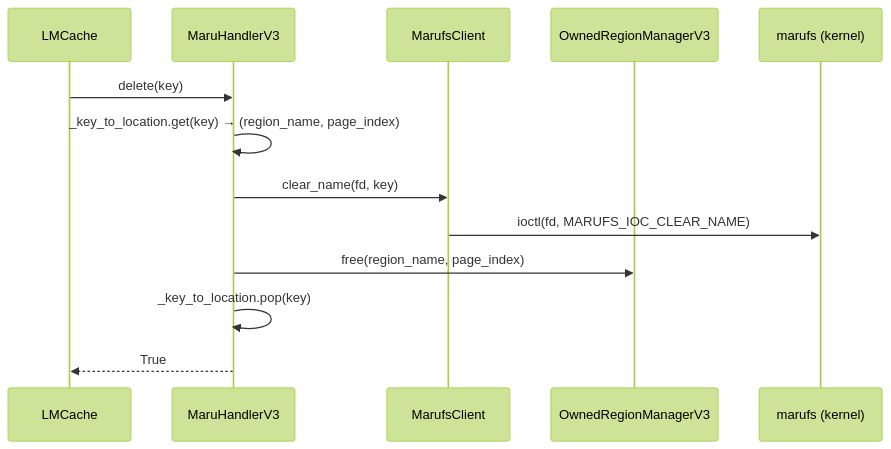
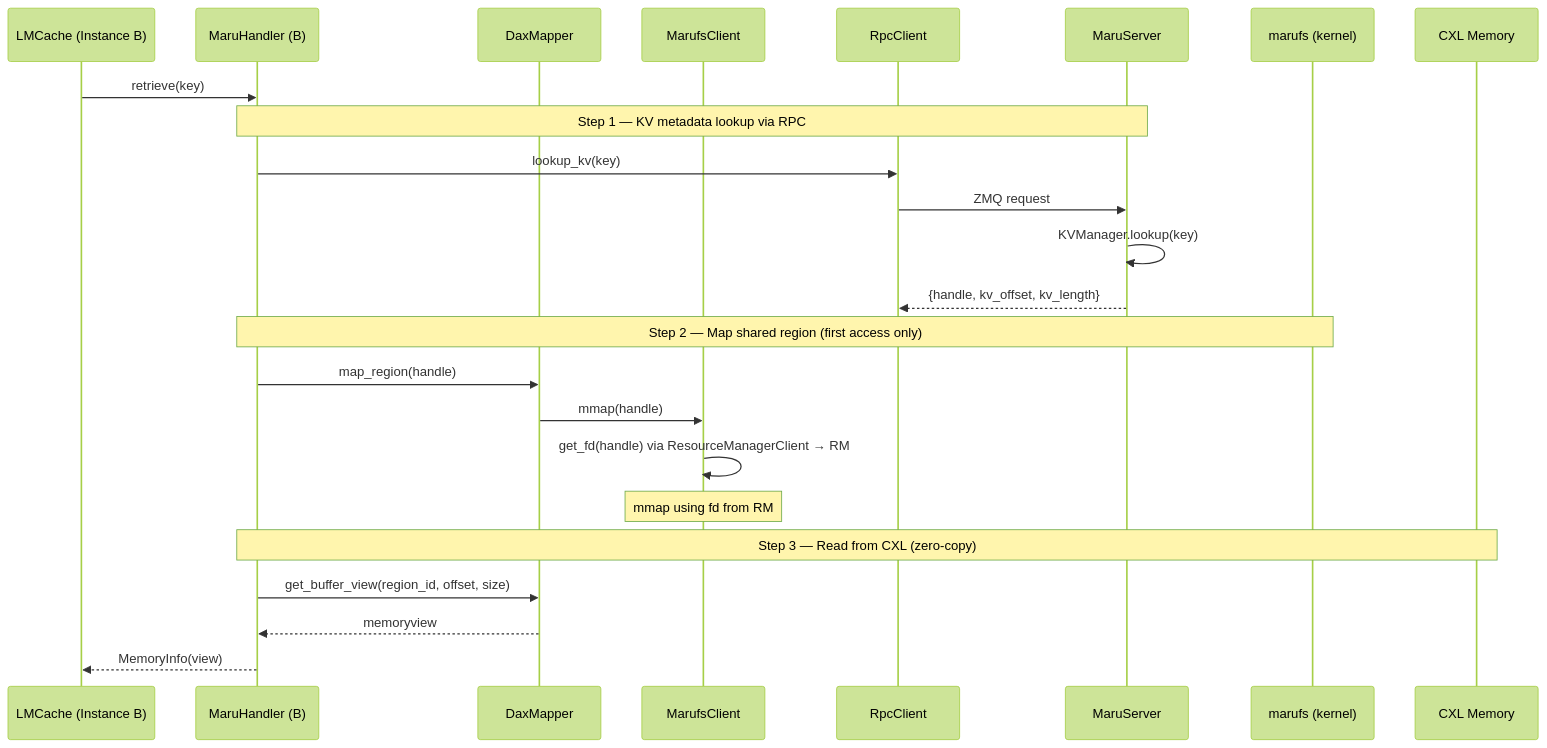
Before and after one commit to xcena-dev/maru: the fifth of 8 diagrams in docs/source/design_doc/maru_fs.md, drawn with Mermaid (forest theme). The commit also changed other lines of this file and 68 other files, not shown here.

Commit message:
feat: add marufs client library for CXL shared memory via VFS

````diff
--- a/docs/source/design_doc/maru_fs.md
+++ b/docs/source/design_doc/maru_fs.md
@@ -161,18 +179,30 @@
 ```mermaid
 sequenceDiagram
-    participant C as LMCache
-    participant H as MaruHandlerV3
+    participant C as LMCache (Instance B)
+    participant H as MaruHandler (B)
+    participant DM as DaxMapper
     participant XC as MarufsClient
-    participant ORM as OwnedRegionManagerV3
+    participant RPC as RpcClient
+    participant S as MaruServer
     participant K as marufs (kernel)
+    participant CXL as CXL Memory
 
-    C->>H: delete(key)
-    H->>H: _key_to_location.get(key) → (region_name, page_index)
+    C->>H: retrieve(key)
 
-    H->>XC: clear_name(fd, key)
-    XC->>K: ioctl(fd, MARUFS_IOC_CLEAR_NAME)
+    Note over H,S: Step 1 — KV metadata lookup via RPC
+    H->>RPC: lookup_kv(key)
+    RPC->>S: ZMQ request
+    S->>S: KVManager.lookup(key)
+    S-->>RPC: {handle, kv_offset, kv_length}
 
-    H->>ORM: free(region_name, page_index)
-    H->>H: _key_to_location.pop(key)
-    H-->>C: True
+    Note over H,K: Step 2 — Map shared region (first access only)
+    H->>DM: map_region(handle)
+    DM->>XC: mmap(handle)
+    XC->>XC: get_fd(handle) via ResourceManagerClient → RM
+    Note over XC: mmap using fd from RM
+
+    Note over H,CXL: Step 3 — Read from CXL (zero-copy)
+    H->>DM: get_buffer_view(region_id, offset, size)
+    DM-->>H: memoryview
+    H-->>C: MemoryInfo(view)
 ```
````
